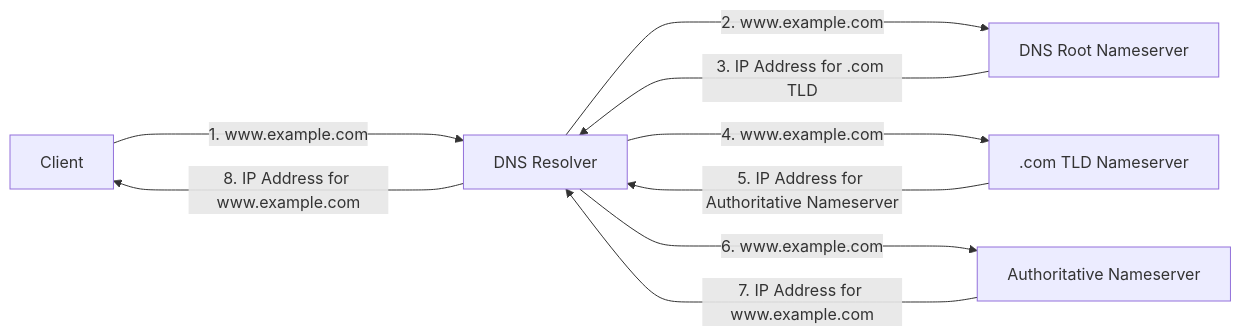
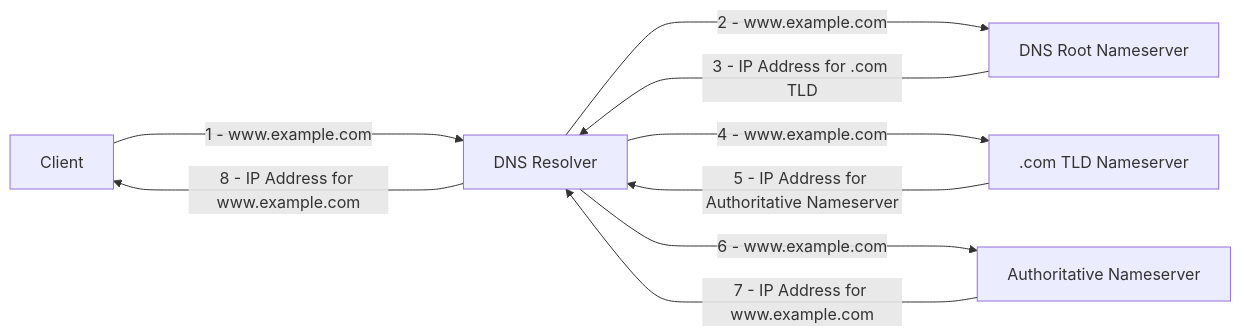
One commit to nanoor/CyberSec changed the third of 3 diagrams in docs/notes/network/dns.md. Above: the diagram before and after it, drawn with Mermaid. The commit also changed other lines of this file, not shown here.

````diff
--- a/docs/notes/network/dns.md
+++ b/docs/notes/network/dns.md
@@ -82,11 +82,11 @@
 ```mermaid
 graph LR;
-    A[Client]---->|"1. www.example.com"| B[DNS Resolver];
-    B---->|2. www.example.com| C[DNS Root Nameserver];
-    C---->|3. IP Address for .com TLD| B;
-    B---->|4. www.example.com| D[.com TLD Nameserver];
-    D---->|5. IP Address for Authoritative Nameserver| B;
-    B---->|6. www.example.com| E[Authoritative Nameserver];
-    E---->|7. IP Address for www.example.com| B;
-    B---->|8. IP Address for www.example.com| A;
+    A[Client]---->|1 - www.example.com| B[DNS Resolver];
+    B---->|2 - www.example.com| C[DNS Root Nameserver];
+    C---->|3 - IP Address for .com TLD| B;
+    B---->|4 - www.example.com| D[.com TLD Nameserver];
+    D---->|5 - IP Address for Authoritative Nameserver| B;
+    B---->|6 - www.example.com| E[Authoritative Nameserver];
+    E---->|7 - IP Address for www.example.com| B;
+    B---->|8 - IP Address for www.example.com| A;
 ```
````
